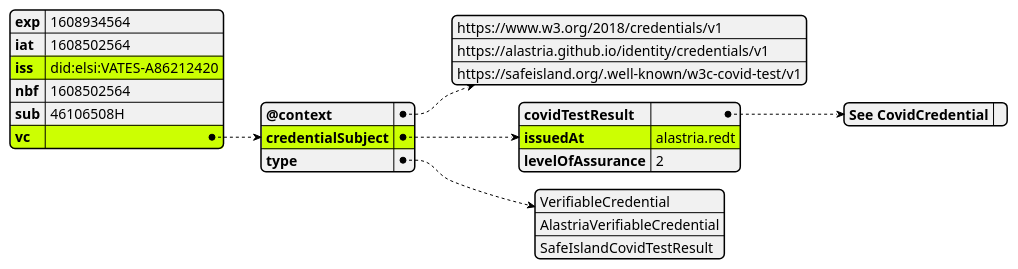
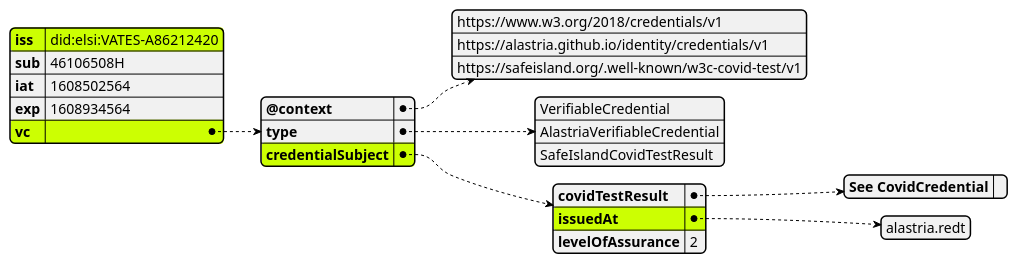
One commit to kemalbehram/SafeIsland changed the first of 2 diagrams in images/SafeIsland_VCSample.puml. Above: the diagram before and after it, drawn with PlantUML. The commit also changed other lines of this file and 26 other files, not shown here.

```diff
--- a/images/SafeIsland_VCSample.puml
+++ b/images/SafeIsland_VCSample.puml
@@ -1,33 +1,34 @@
 @startjson SafeIsland_VCSample
 #highlight "iss"
 #highlight "vc"
 #highlight "vc" / "credentialSubject"
 #highlight "vc" / "credentialSubject" / "issuedAt"
 
 {
+      "iss": "did:elsi:VATES-A86212420",
+      "sub": "46106508H",
+      "iat": 1608502564,
       "exp": 1608934564,
-      "iat": 1608502564,
-      "iss": "did:elsi:VATES-A86212420",
-      "nbf": 1608502564,
-      "sub": "46106508H",
       "vc": {
             "@context": [
                   "https://www.w3.org/2018/credentials/v1",
                   "https://alastria.github.io/identity/credentials/v1",
                   "https://safeisland.org/.well-known/w3c-covid-test/v1"
             ],
+            "type": [
+                  "VerifiableCredential",
+                  "AlastriaVerifiableCredential",
+                  "SafeIslandCovidTestResult"
+            ],
             "credentialSubject": {
                   "covidTestResult": {
                         "See CovidCredential": ""
                   },
-                  "issuedAt": "alastria.redt",
+                  "issuedAt": [
+                        "alastria.redt"
+                  ],
                   "levelOfAssurance": 2
-            },
-            "type": [
-                  "VerifiableCredential",
-                  "AlastriaVerifiableCredential",
-                  "SafeIslandCovidTestResult"
-            ]
+            }
       }
 }
 @endjson
```
